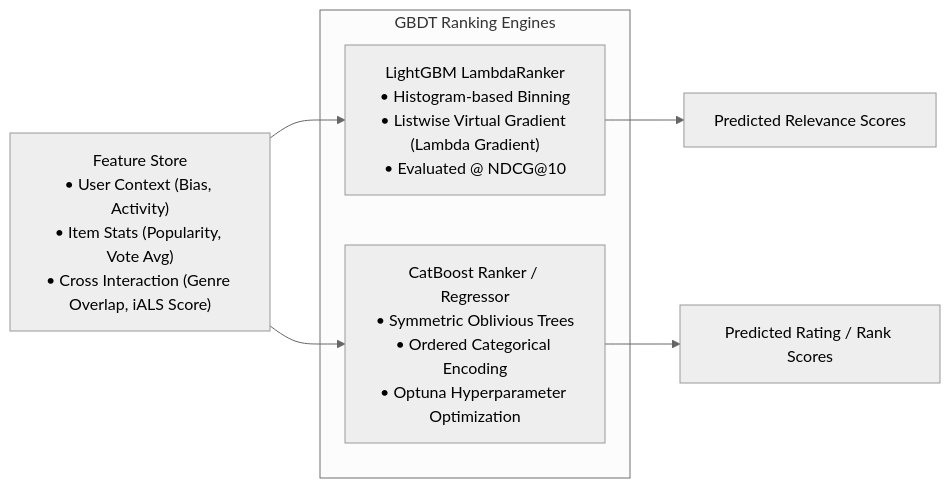
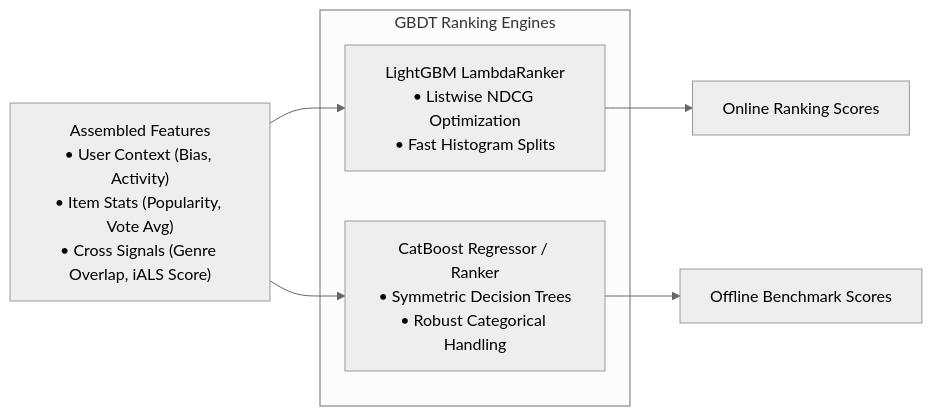
The second of 3 diagrams in docs/recsys-applied.md (dducsw/movie-recsys), drawn with Mermaid (neutral theme) before and after one commit. The commit also changed other lines of this file and 204 other files, not shown here.

````diff
--- a/docs/recsys-applied.md
+++ b/docs/recsys-applied.md
@@ -69,13 +53,13 @@
 ```mermaid
 flowchart LR
-    Features["Feature Store<br/>• User Context (Bias, Activity)<br/>• Item Stats (Popularity, Vote Avg)<br/>• Cross Interaction (Genre Overlap, iALS Score)"]
+    Features["Assembled Features<br/>• User Context (Bias, Activity)<br/>• Item Stats (Popularity, Vote Avg)<br/>• Cross Signals (Genre Overlap, iALS Score)"]
     
     subgraph Models ["GBDT Ranking Engines"]
-        LGBM["LightGBM LambdaRanker<br/>• Histogram-based Binning<br/>• Listwise Virtual Gradient (Lambda Gradient)<br/>• Evaluated @ NDCG@10"]
-        CatB["CatBoost Ranker / Regressor<br/>• Symmetric Oblivious Trees<br/>• Ordered Categorical Encoding<br/>• Optuna Hyperparameter Optimization"]
+        LGBM["LightGBM LambdaRanker<br/>• Listwise NDCG Optimization<br/>• Fast Histogram Splits"]
+        CatB["CatBoost Regressor / Ranker<br/>• Symmetric Decision Trees<br/>• Robust Categorical Handling"]
     end
 
     Features --> LGBM & CatB
-    LGBM --> ScoresL["Predicted Relevance Scores"]
-    CatB --> ScoresC["Predicted Rating / Rank Scores"]
+    LGBM --> ScoresL["Online Ranking Scores"]
+    CatB --> ScoresC["Offline Benchmark Scores"]
 ```
````
